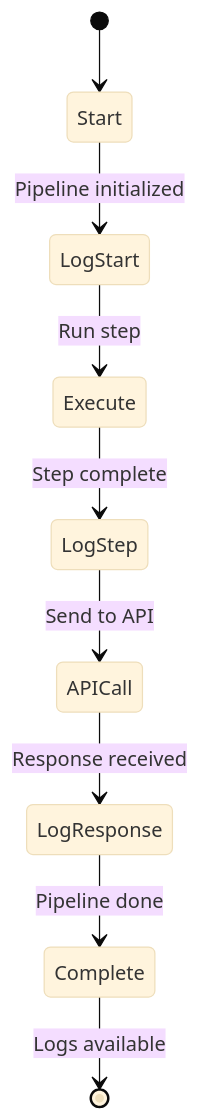
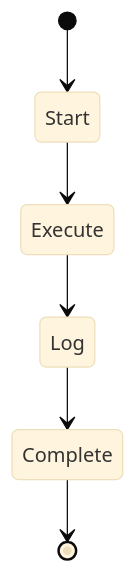
One commit to wisrovi/wpipe changed the fourth of 5 diagrams in examples/api_pipeline/09_api_logging/README.md. Above: the diagram before and after it, drawn with Mermaid (base theme). The commit also changed other lines of this file and 20 other files, not shown here.

First line of the commit message:
Simplify Mermaid diagrams for better rendering

````diff
--- a/examples/api_pipeline/09_api_logging/README.md
+++ b/examples/api_pipeline/09_api_logging/README.md
@@ -67,11 +58,8 @@
 ```mermaid
 stateDiagram-v2
     [*] --> Start
-    Start --> LogStart: Pipeline initialized
-    LogStart --> Execute: Run step
-    Execute --> LogStep: Step complete
-    LogStep --> APICall: Send to API
-    APICall --> LogResponse: Response received
-    LogResponse --> Complete: Pipeline done
-    Complete --> [*]: Logs available
+    Start --> Execute
+    Execute --> Log
+    Log --> Complete
+    Complete --> [*]
 ```
````
